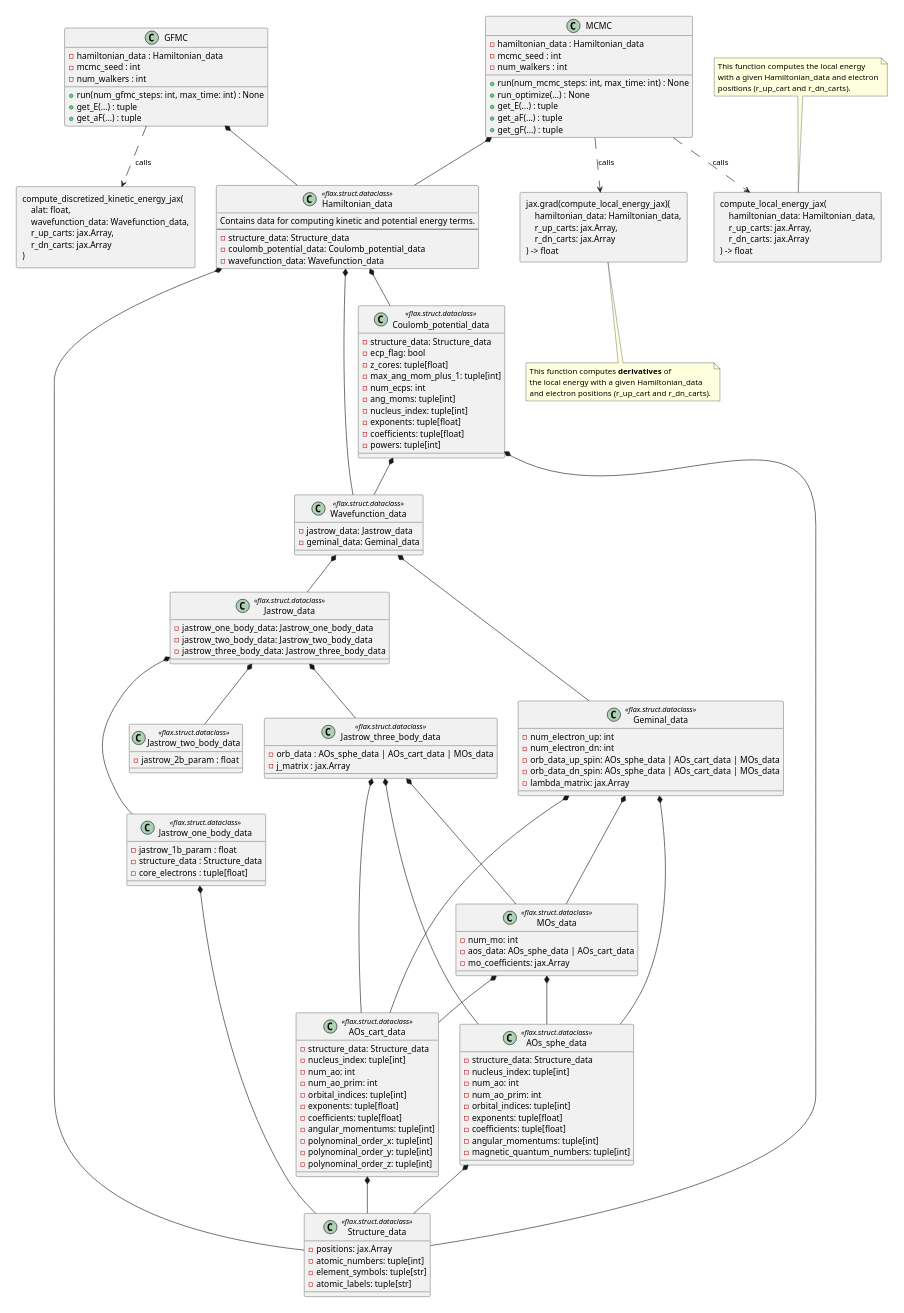
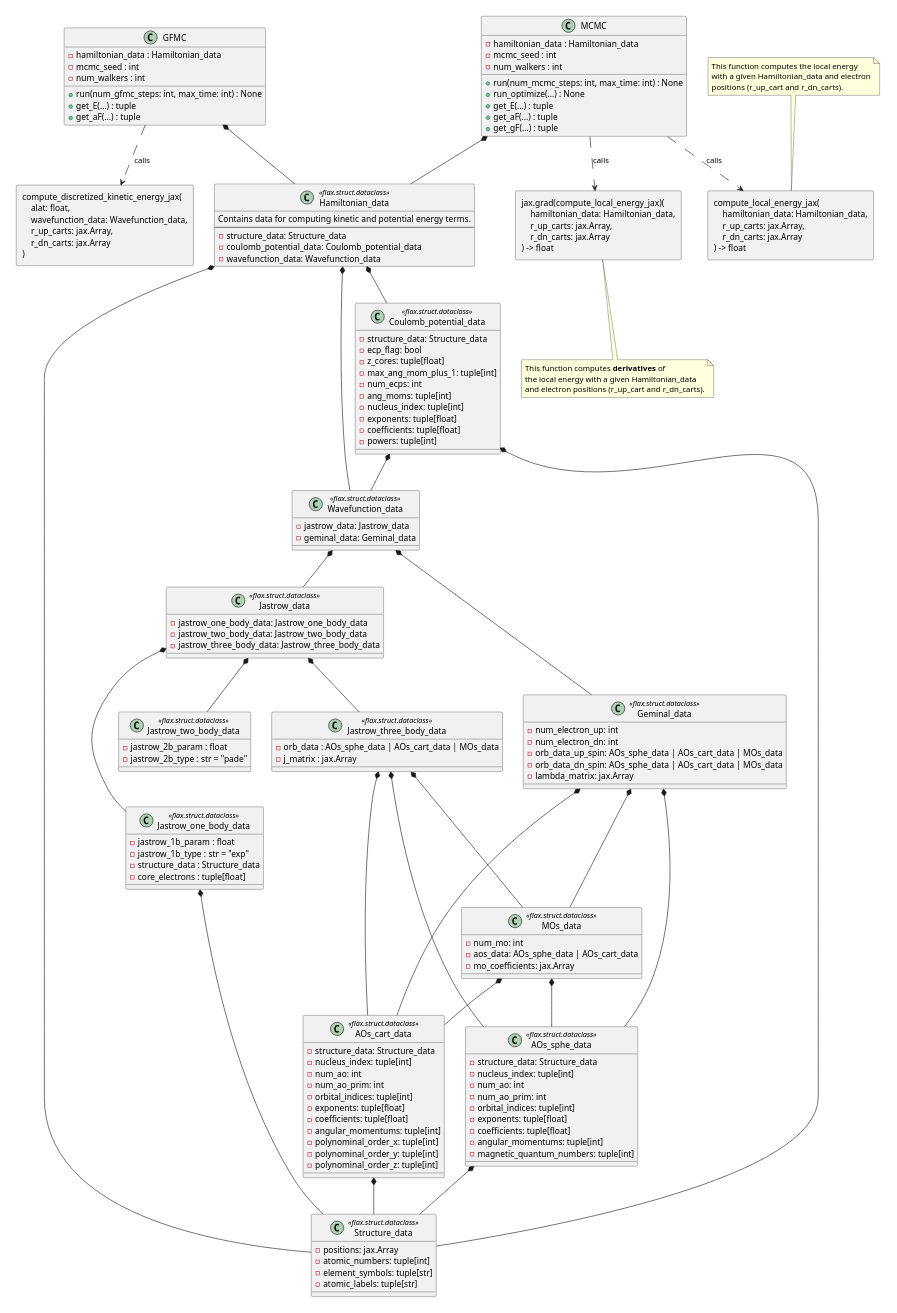
The diagram in doc/UML.pu (kousuke-nakano/jQMC), drawn with PlantUML before and after one commit. The commit also changed 17 other files, not shown here.

Commit message:
Implemented pade and exp functions to jastrow-1b and jastrow-2b, respectively.

```diff
--- a/doc/UML.pu
+++ b/doc/UML.pu
@@ -1,186 +1,188 @@
 @startuml uml
 ' size
 scale 595*842
 
 ' PlantUML configuration
 allowmixing
 
 ' Command + Shift + P to toggle the PlantUML export mode
 ' inkscape uml.svg -o uml.pdf
 
 ' ===============================
 ' Class definitions
 ' ===============================
 
 class Hamiltonian_data <<flax.struct.dataclass>> {
     Contains data for computing kinetic and potential energy terms.
     --
     - structure_data: Structure_data
     - coulomb_potential_data: Coulomb_potential_data
     - wavefunction_data: Wavefunction_data
 }
 
 class Structure_data <<flax.struct.dataclass>> {
     - positions: jax.Array
     - atomic_numbers: tuple[int]
     - element_symbols: tuple[str]
     - atomic_labels: tuple[str]
 }
 
 class AOs_cart_data <<flax.struct.dataclass>> {
     - structure_data: Structure_data
     - nucleus_index: tuple[int]
     - num_ao: int
     - num_ao_prim: int
     - orbital_indices: tuple[int]
     - exponents: tuple[float]
     - coefficients: tuple[float]
     - angular_momentums: tuple[int]
     - polynominal_order_x: tuple[int]
     - polynominal_order_y: tuple[int]
     - polynominal_order_z: tuple[int]
 }
 
 class AOs_sphe_data <<flax.struct.dataclass>> {
     - structure_data: Structure_data
     - nucleus_index: tuple[int]
     - num_ao: int
     - num_ao_prim: int
     - orbital_indices: tuple[int]
     - exponents: tuple[float]
     - coefficients: tuple[float]
     - angular_momentums: tuple[int]
     - magnetic_quantum_numbers: tuple[int]
 }
 
 class Coulomb_potential_data <<flax.struct.dataclass>> {
     - structure_data: Structure_data
     - ecp_flag: bool
     - z_cores: tuple[float]
     - max_ang_mom_plus_1: tuple[int]
     - num_ecps: int
     - ang_moms: tuple[int]
     - nucleus_index: tuple[int]
     - exponents: tuple[float]
     - coefficients: tuple[float]
     - powers: tuple[int]
 }
 
 class MOs_data <<flax.struct.dataclass>> {
     - num_mo: int
     - aos_data: AOs_sphe_data | AOs_cart_data
     - mo_coefficients: jax.Array
 }
 
 class Geminal_data <<flax.struct.dataclass>> {
     - num_electron_up: int
     - num_electron_dn: int
     - orb_data_up_spin: AOs_sphe_data | AOs_cart_data | MOs_data
     - orb_data_dn_spin: AOs_sphe_data | AOs_cart_data | MOs_data
     - lambda_matrix: jax.Array
 }
 
 class Jastrow_data <<flax.struct.dataclass>> {
     - jastrow_one_body_data: Jastrow_one_body_data
     - jastrow_two_body_data: Jastrow_two_body_data
     - jastrow_three_body_data: Jastrow_three_body_data
 }
 
 class Wavefunction_data <<flax.struct.dataclass>> {
     - jastrow_data: Jastrow_data
     - geminal_data: Geminal_data
 }
 
 class Jastrow_one_body_data <<flax.struct.dataclass>> {
     - jastrow_1b_param : float
+    - jastrow_1b_type : str = "exp"
     - structure_data : Structure_data
     - core_electrons : tuple[float]
 }
 
 class Jastrow_two_body_data <<flax.struct.dataclass>> {
     - jastrow_2b_param : float
+    - jastrow_2b_type : str = "pade"
 }
 
 class Jastrow_three_body_data <<flax.struct.dataclass>> {
     - orb_data : AOs_sphe_data | AOs_cart_data | MOs_data
     - j_matrix : jax.Array
 }
 
 class MCMC {
     - hamiltonian_data : Hamiltonian_data
     - mcmc_seed : int
     - num_walkers : int
     + run(num_mcmc_steps: int, max_time: int) : None
     + run_optimize(...) : None
     + get_E(...) : tuple
     + get_aF(...) : tuple
     + get_gF(...) : tuple
 }
 
 class GFMC {
     - hamiltonian_data : Hamiltonian_data
     - mcmc_seed : int
     - num_walkers : int
     + run(num_gfmc_steps: int, max_time: int) : None
     + get_E(...) : tuple
     + get_aF(...) : tuple
 }
 
 ' Functions
 rectangle "compute_local_energy_jax(\n    hamiltonian_data: Hamiltonian_data,\n    r_up_carts: jax.Array,\n    r_dn_carts: jax.Array\n) -> float" as compute_local_energy_jax
 rectangle "jax.grad(compute_local_energy_jax)(\n    hamiltonian_data: Hamiltonian_data,\n    r_up_carts: jax.Array,\n    r_dn_carts: jax.Array\n) -> float" as grad_compute_local_energy_jax
 rectangle "compute_discretized_kinetic_energy_jax(\n    alat: float,\n    wavefunction_data: Wavefunction_data,\n    r_up_carts: jax.Array,\n    r_dn_carts: jax.Array\n)" as compute_discretized_kinetic_energy_jax
 ' rectangle "compute_ecp_non_local_parts_jax(\n coulomb_potential_data: Coulomb_potential_data,\n    wavefunction_data: Wavefunction_data,\n    r_up_carts: jax.Array,\n    r_dn_carts: jax.Array\n)" as compute_ecp_non_local_parts_jax
 
 ' Dependency relationships
 note top of compute_local_energy_jax
 This function computes the local energy
 with a given Hamiltonian_data and electron
 positions (r_up_cart and r_dn_carts).
 end note
 
 note bottom of grad_compute_local_energy_jax
 This function computes **derivatives** of
 the local energy with a given Hamiltonian_data
 and electron positions (r_up_cart and r_dn_carts).
 end note
 
 ' ===============================
 ' Class relationships (composition/aggregation)
 ' ===============================
 
 MCMC *-- Hamiltonian_data
 GFMC *-- Hamiltonian_data
 MCMC ..> compute_local_energy_jax: calls
 MCMC ..> grad_compute_local_energy_jax: calls
 GFMC ..> compute_discretized_kinetic_energy_jax: calls
 ' GFMC ..> compute_ecp_non_local_parts_jax: calls
 Jastrow_one_body_data *-- Structure_data
 Jastrow_three_body_data *-- AOs_sphe_data
 Jastrow_three_body_data *-- AOs_cart_data
 Jastrow_three_body_data *-- MOs_data
 
 Hamiltonian_data *-- Structure_data
 Hamiltonian_data *-- Coulomb_potential_data
 Hamiltonian_data *-- Wavefunction_data
 
 Coulomb_potential_data *-- Structure_data
 Coulomb_potential_data *-- Wavefunction_data
 
 AOs_cart_data *-- Structure_data
 AOs_sphe_data *-- Structure_data
 MOs_data *-- AOs_cart_data
 MOs_data *-- AOs_sphe_data
 
 Geminal_data *-- AOs_cart_data
 Geminal_data *-- AOs_sphe_data
 Geminal_data *-- MOs_data
 
 Wavefunction_data *-- Jastrow_data
 Wavefunction_data *-- Geminal_data
 
 Jastrow_data *-- Jastrow_one_body_data
 Jastrow_data *-- Jastrow_two_body_data
 Jastrow_data *-- Jastrow_three_body_data
 
 @enduml
```
